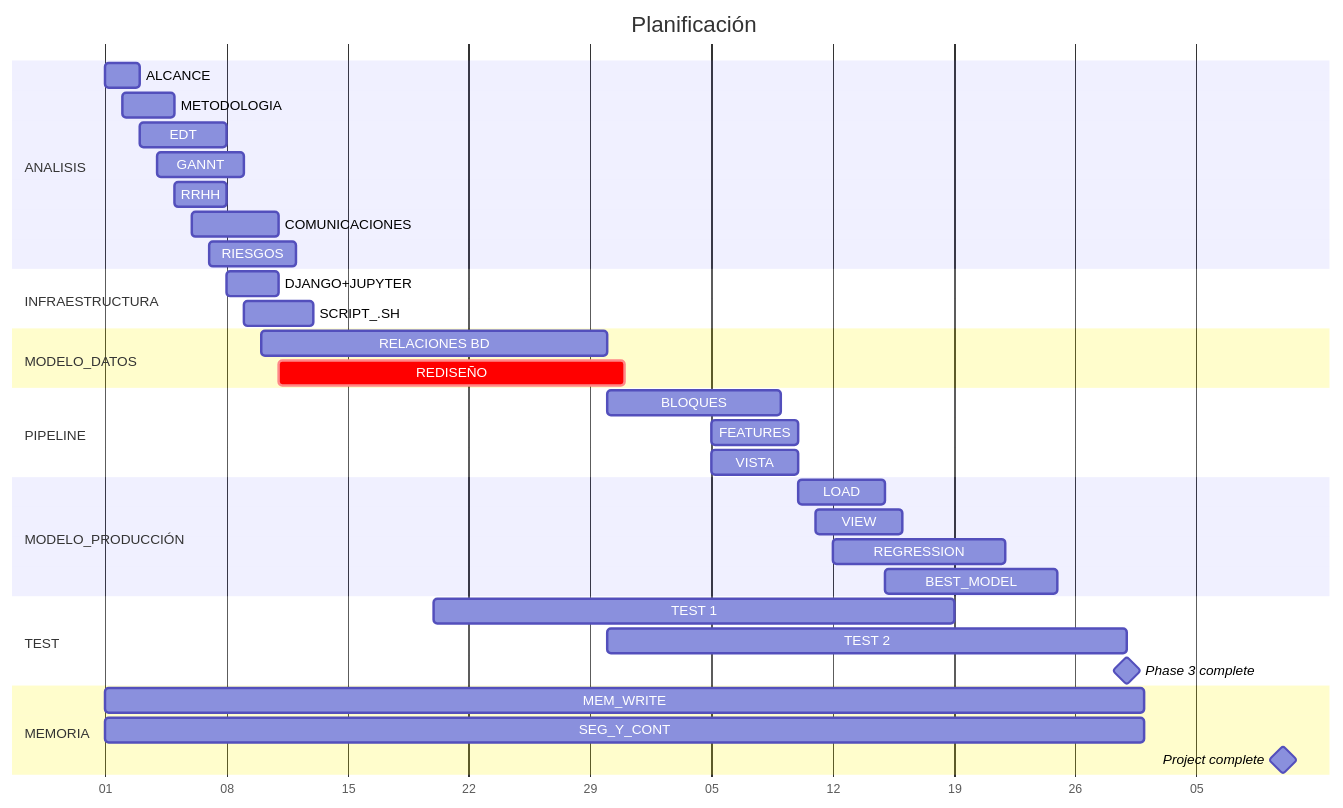
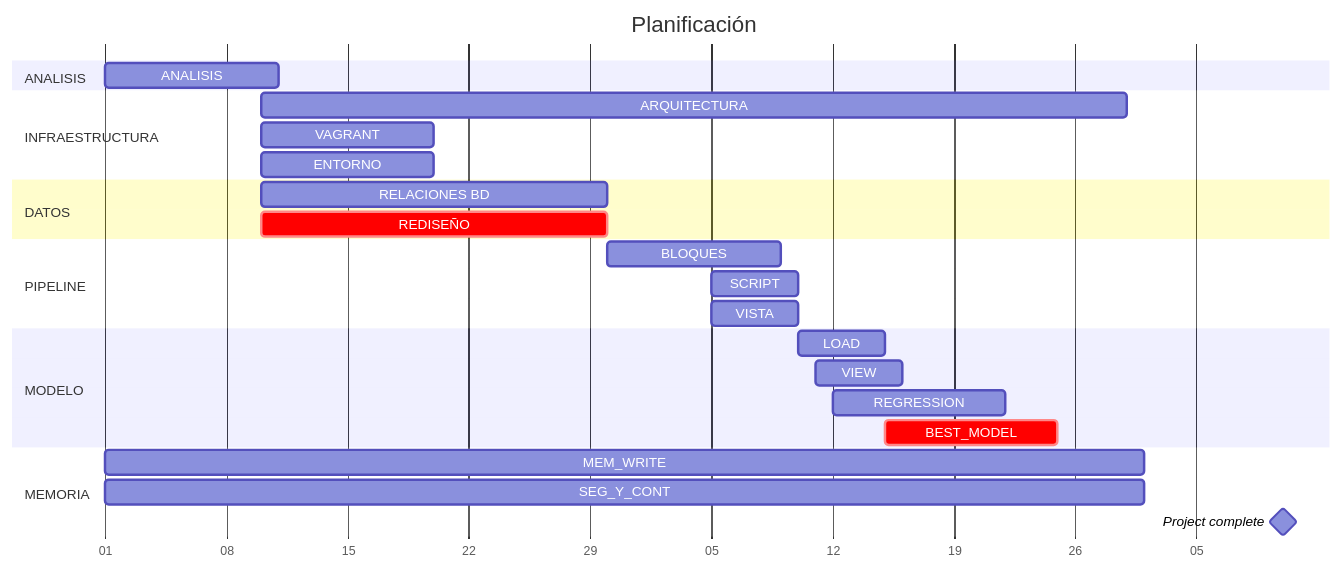
The diagram in 2-plan/gantt.md (alesteba/tfg_mem), drawn with Mermaid before and after one commit. The commit also changed 38 other files, not shown here.

````diff
--- a/2-plan/gantt.md
+++ b/2-plan/gantt.md
@@ -4,45 +4,35 @@
 ```mermaid
 gantt
     title Planificación
     dateFormat  DD-MM
     axisFormat  %d
     
 	section ANALISIS
-    ALCANCE: 01-01, 2d
-    METODOLOGIA: 02-01, 3d
-	EDT: 03-01, 5d
-	GANNT: 04-01, 5d
-    RRHH: 05-01, 3d
-    COMUNICACIONES: 06-01, 5d
-	RIESGOS: 07-01, 5d
+    ANALISIS: 01-01, 10d
 	
 	section INFRAESTRUCTURA
-    DJANGO+JUPYTER: 08-01, 3d
-    SCRIPT_.SH: 09-01, 4d
+    ARQUITECTURA: 10-01, 50d
+    VAGRANT: 10-01, 10d
+    ENTORNO: 10-01, 10d
     
-	section MODELO_DATOS
+	section DATOS
     RELACIONES BD: 10-01, 20d
-    REDISEÑO: crit, 11-01, 20d
+    REDISEÑO: crit, 10-01, 20d
     
 	section PIPELINE
     BLOQUES:  30-01, 10d
-    FEATURES: 05-02, 5d
+    SCRIPT: 05-02, 5d
     VISTA: 05-02, 5d
     
-    section MODELO_PRODUCCIÓN
+    section MODELO
     LOAD: 10-02, 5d
     VIEW: 11-02, 5d
 	REGRESSION: 12-02, 10d
-    BEST_MODEL: 15-02, 10d
-    
-    section TEST
-    TEST 1: 20-01, 30d
-    TEST 2: 30-01, 30d
-    Phase 3 complete: milestone, 01-03, 0d
+    BEST_MODEL: crit, 15-02, 10d
 
 	section MEMORIA
 	MEM_WRITE: 01-01, 60d
     SEG_Y_CONT: 01-01, 60d
 	
     Project complete: milestone, 10-03, 0d
 ```
````
